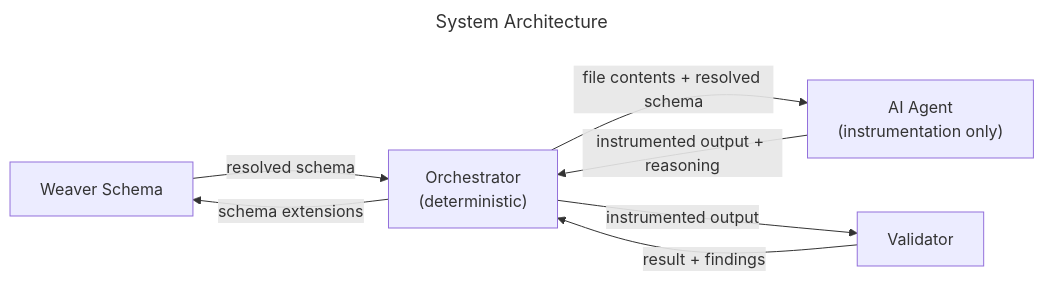
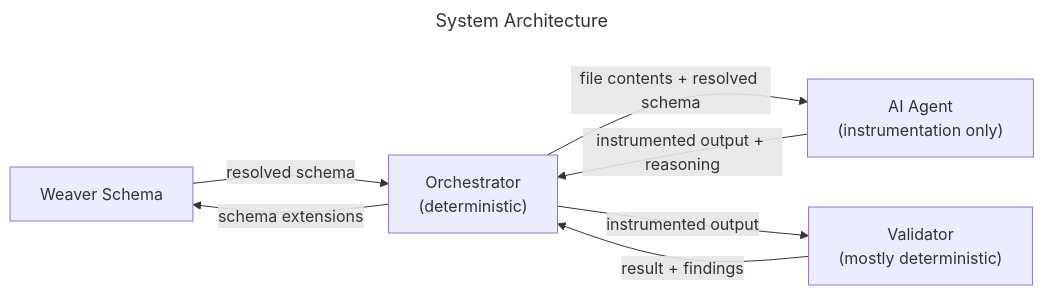
Before and after one commit to wiggitywhitney/spinybacked-orbweaver: the diagram in docs/diagrams/orchestrator-overview.mmd, drawn with Mermaid. The commit also changed 3 other files, not shown here.

First line of the commit message:
docs: refine solution document diagrams based on review

```diff
--- a/docs/diagrams/orchestrator-overview.mmd
+++ b/docs/diagrams/orchestrator-overview.mmd
@@ -1,16 +1,16 @@
 ---
 title: "System Architecture"
 ---
 %% ABOUTME: Orchestrator-centered architecture — deterministic orchestrator coordinating AI agent, validator, and Weaver schema
 flowchart LR
     SCHEMA["Weaver Schema"]
     ORCH["Orchestrator\n(deterministic)"]
     AGENT["AI Agent\n(instrumentation only)"]
-    VAL["Validator"]
+    VAL["Validator\n(mostly deterministic)"]
 
     SCHEMA -->|resolved schema| ORCH
     ORCH -->|"file contents + resolved schema"| AGENT
     AGENT -->|"instrumented output + reasoning"| ORCH
     ORCH -->|instrumented output| VAL
     VAL -->|result + findings| ORCH
     ORCH -->|schema extensions| SCHEMA
```
